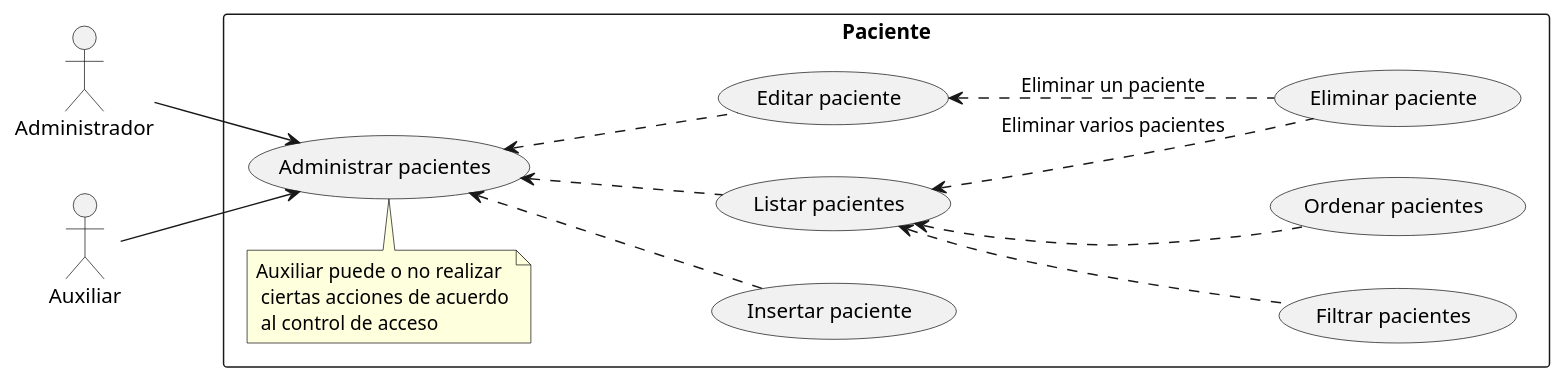
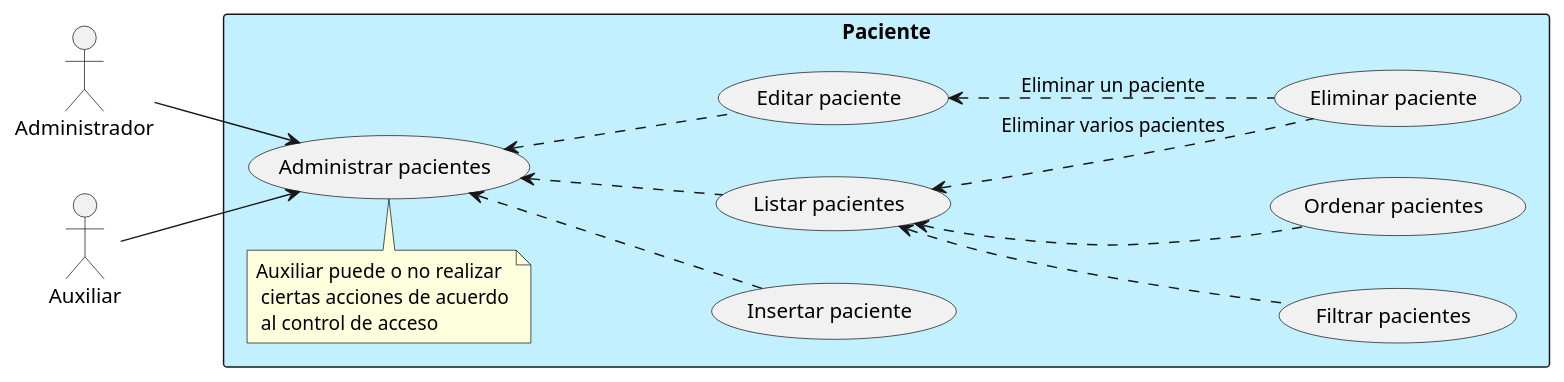
The diagram in ROOT/modules/proyecto/puml/pacientes-usecase.puml (capsi-ucp/capsi-ucp.github.io), drawn with PlantUML before and after one commit.

Commit message:
Correcciones a casos de uso de pacientes

```diff
--- a/ROOT/modules/proyecto/puml/pacientes-usecase.puml
+++ b/ROOT/modules/proyecto/puml/pacientes-usecase.puml
@@ -1,29 +1,29 @@
 @startuml
 left to right direction
 actor Administrador
 actor Auxiliar
 
-rectangle Paciente {
+rectangle Paciente #Application {
   usecase "Insertar paciente" as C
   usecase "Listar pacientes" as R
   usecase "Editar paciente" as U
   usecase "Eliminar paciente" as D
   usecase "Filtrar pacientes" as Searchable
   usecase "Ordenar pacientes" as Sortable
   usecase "Administrar pacientes" as CRUD
   note "Auxiliar puede o no realizar\r\n ciertas acciones de acuerdo\r\n al control de acceso" as Acl
 }
 
 CRUD <--. C
 CRUD <--. R
 CRUD <--. U
 
 R <.. Searchable
 R <.. Sortable
 U <.. D: "Eliminar un paciente"
 R <.. D: "Eliminar varios pacientes"
 
 Administrador --> CRUD
 Auxiliar --> CRUD
 Acl -> CRUD
 @enduml
```
